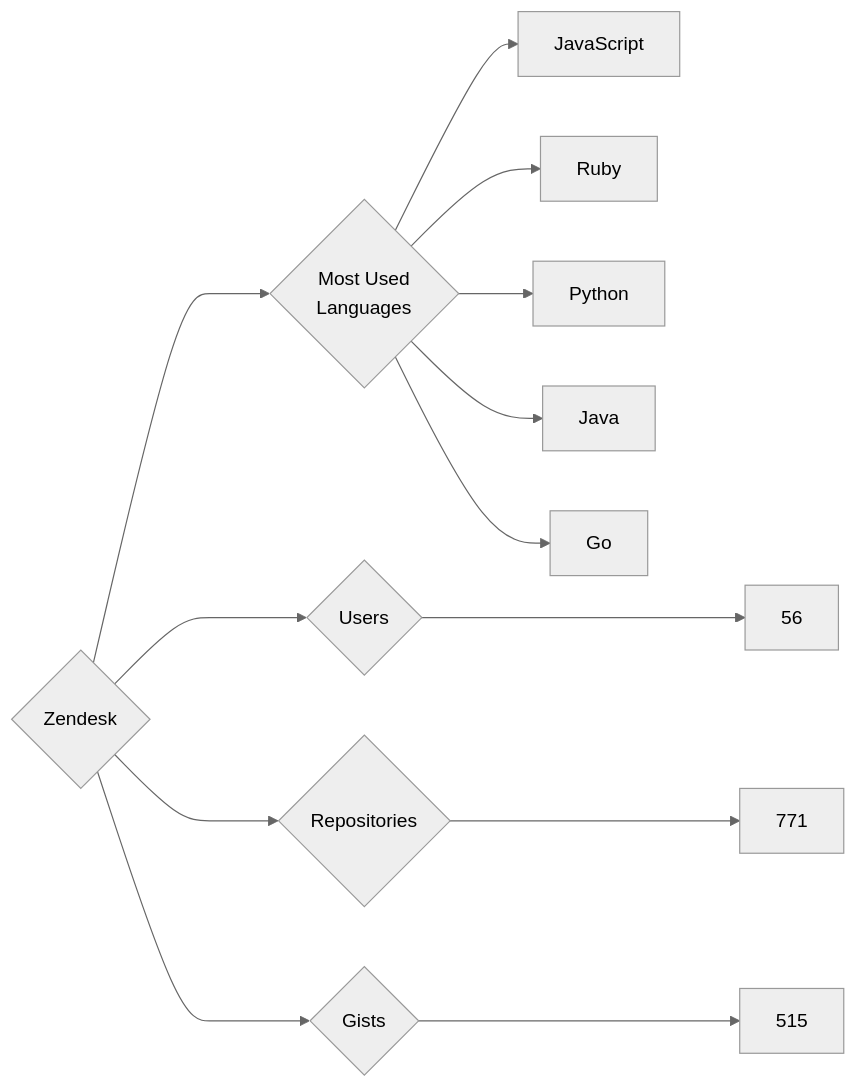
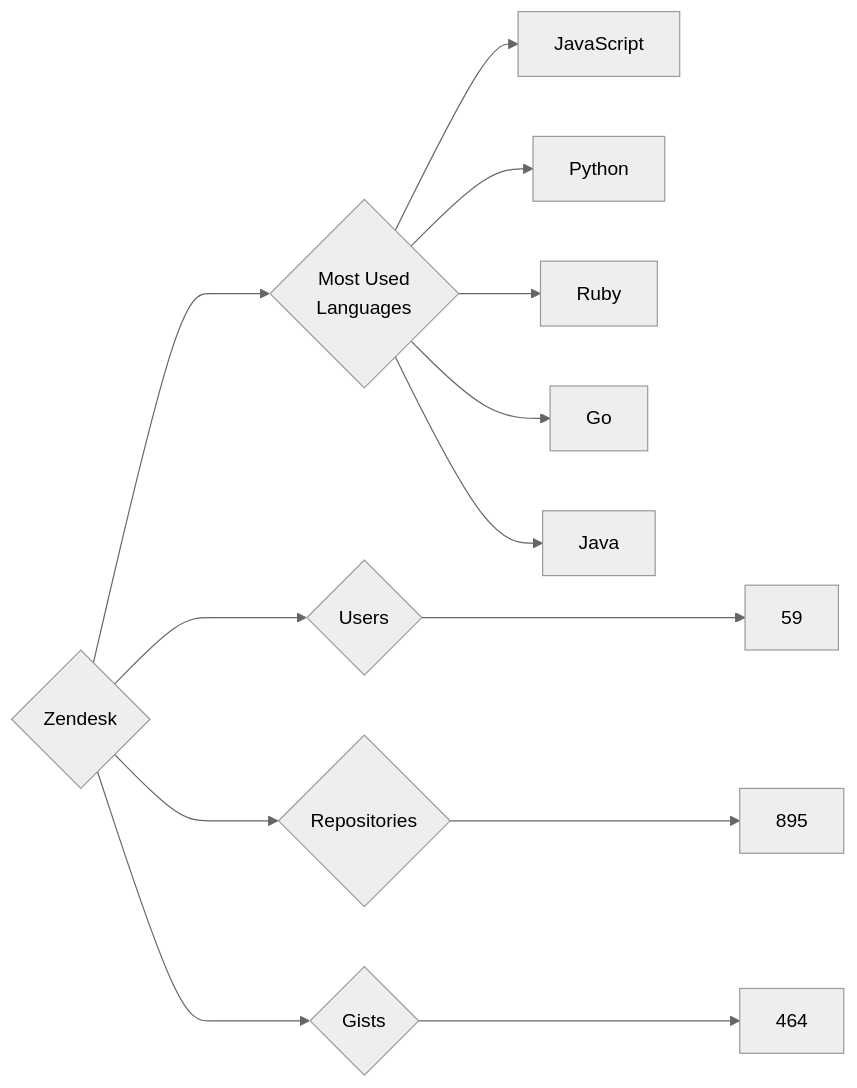
One commit to trickest/insiders changed the diagram in targets/Zendesk/README.md. Above: the diagram before and after it, drawn with Mermaid (neutral theme). The commit also changed 1508 other files, not shown here.

````diff
--- a/targets/Zendesk/README.md
+++ b/targets/Zendesk/README.md
@@ -3,13 +3,13 @@
 ```mermaid
 graph LR
 COMPANY_NAME{Zendesk}
-COMPANY_NAME ---> U{Users} ---> UN[56]
-COMPANY_NAME ---> R{Repositories} ---> RN[771]
-COMPANY_NAME ---> G{Gists} ---> GN[515]
+COMPANY_NAME ---> U{Users} ---> UN[59]
+COMPANY_NAME ---> R{Repositories} ---> RN[895]
+COMPANY_NAME ---> G{Gists} ---> GN[464]
 COMPANY_NAME ---> ML{Most Used<br>Languages}
 ML --> JavaScript[JavaScript]
+ML --> Python[Python]
 ML --> Ruby[Ruby]
-ML --> Python[Python]
+ML --> Go[Go]
 ML --> Java[Java]
-ML --> Go[Go]
 ```
````
